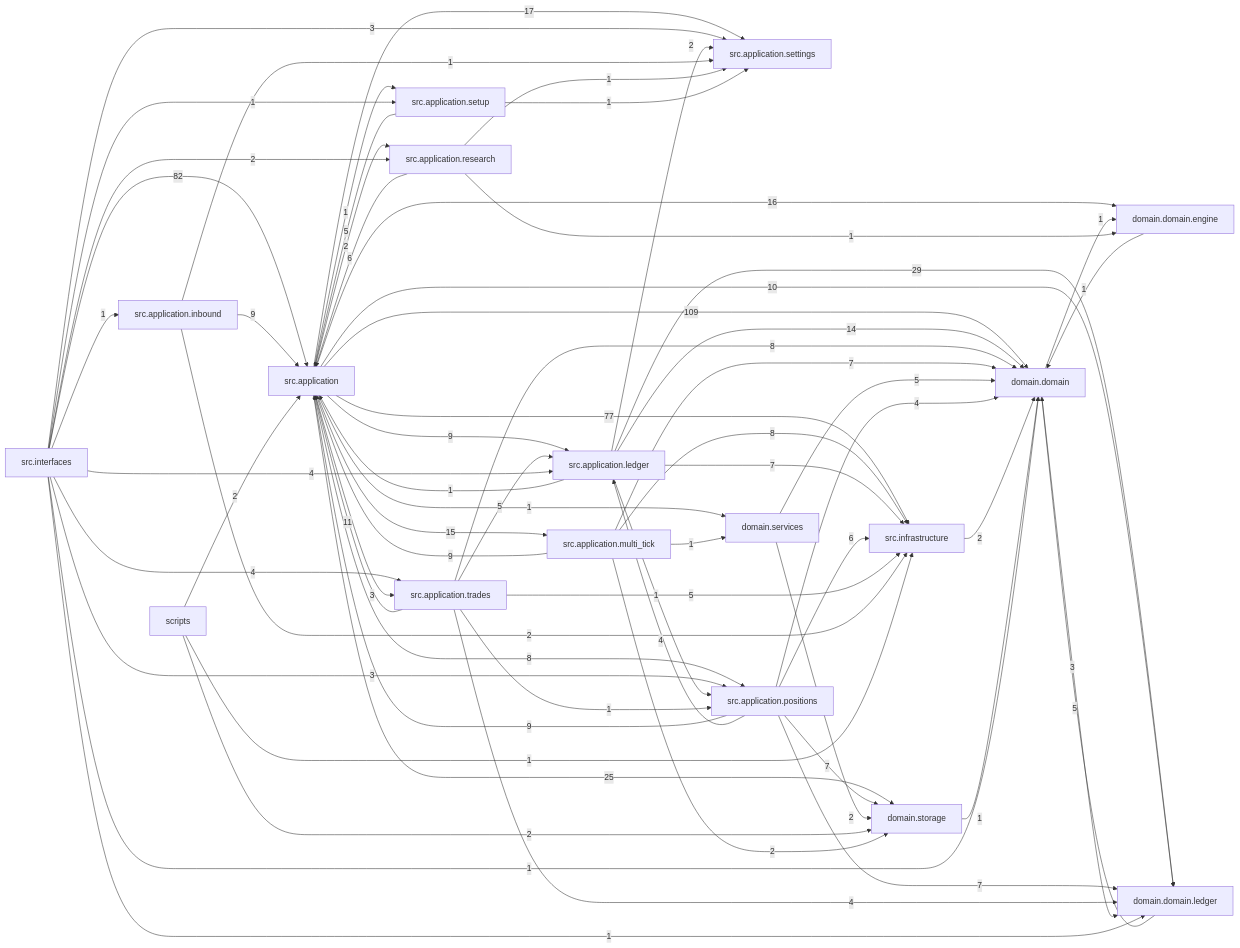
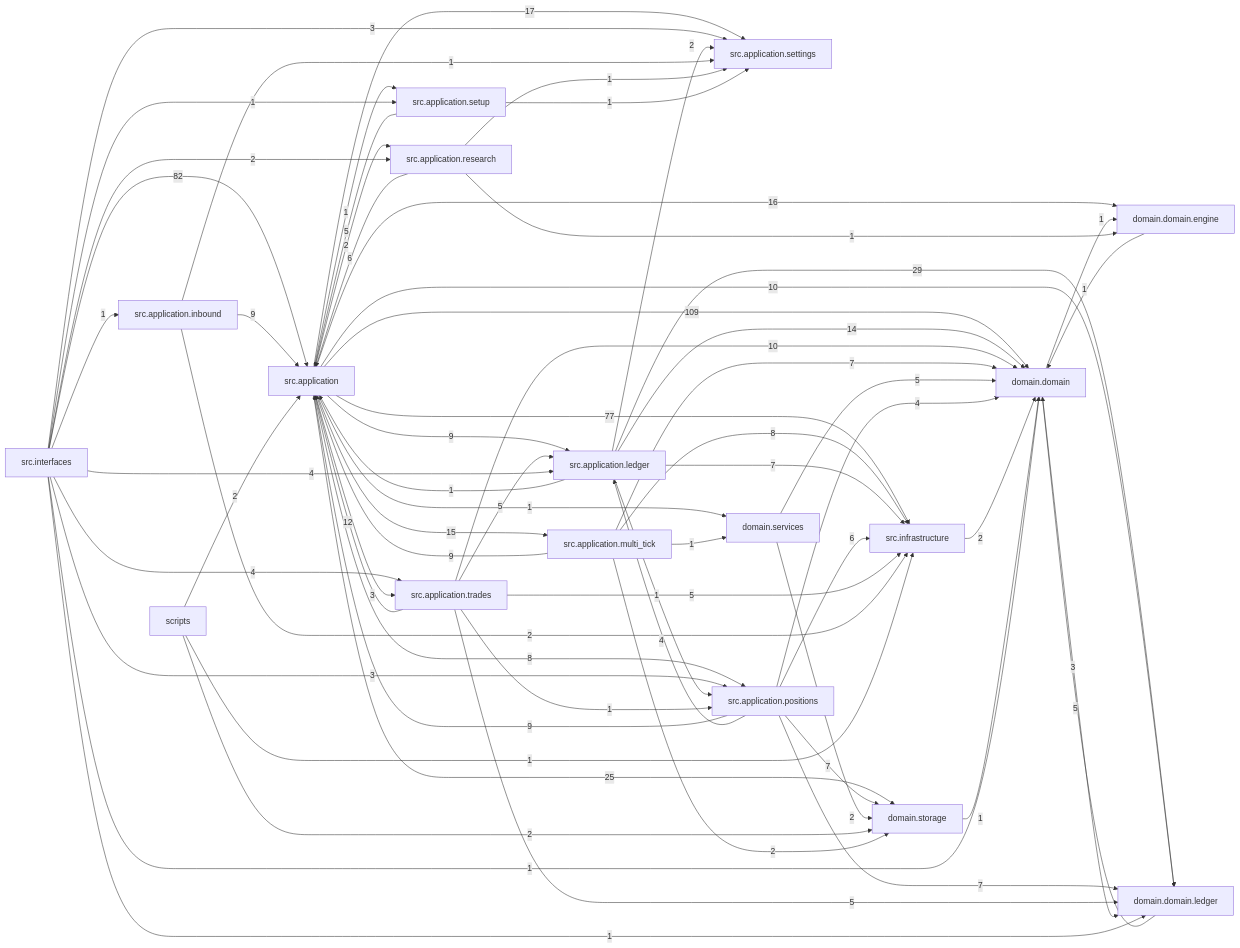
The diagram in docs/dependency_graph.mmd (liuxie066/options-monitor), drawn with Mermaid before and after one commit. The commit also changed 11 other files, not shown here.

```diff
--- a/docs/dependency_graph.mmd
+++ b/docs/dependency_graph.mmd
@@ -1,66 +1,66 @@
 flowchart LR
   src_application["src.application"] -->|109| domain_domain["domain.domain"]
   src_interfaces["src.interfaces"] -->|82| src_application["src.application"]
   src_application["src.application"] -->|77| src_infrastructure["src.infrastructure"]
   src_application_ledger["src.application.ledger"] -->|29| domain_domain_ledger["domain.domain.ledger"]
   src_application["src.application"] -->|25| domain_storage["domain.storage"]
   src_application["src.application"] -->|17| src_application_settings["src.application.settings"]
   src_application["src.application"] -->|16| domain_domain_engine["domain.domain.engine"]
   src_application["src.application"] -->|15| src_application_multi_tick["src.application.multi_tick"]
   src_application_ledger["src.application.ledger"] -->|14| domain_domain["domain.domain"]
-  src_application_trades["src.application.trades"] -->|11| src_application["src.application"]
+  src_application_trades["src.application.trades"] -->|12| src_application["src.application"]
   src_application["src.application"] -->|10| domain_domain_ledger["domain.domain.ledger"]
+  src_application_trades["src.application.trades"] -->|10| domain_domain["domain.domain"]
   src_application["src.application"] -->|9| src_application_ledger["src.application.ledger"]
   src_application_inbound["src.application.inbound"] -->|9| src_application["src.application"]
   src_application_multi_tick["src.application.multi_tick"] -->|9| src_application["src.application"]
   src_application_positions["src.application.positions"] -->|9| src_application["src.application"]
   src_application["src.application"] -->|8| src_application_positions["src.application.positions"]
   src_application_multi_tick["src.application.multi_tick"] -->|8| src_infrastructure["src.infrastructure"]
-  src_application_trades["src.application.trades"] -->|8| domain_domain["domain.domain"]
   src_application_ledger["src.application.ledger"] -->|7| src_infrastructure["src.infrastructure"]
   src_application_multi_tick["src.application.multi_tick"] -->|7| domain_domain["domain.domain"]
   src_application_positions["src.application.positions"] -->|7| domain_domain_ledger["domain.domain.ledger"]
   src_application_positions["src.application.positions"] -->|7| domain_storage["domain.storage"]
   src_application_positions["src.application.positions"] -->|6| src_infrastructure["src.infrastructure"]
   src_application_research["src.application.research"] -->|6| src_application["src.application"]
   domain_domain_ledger["domain.domain.ledger"] -->|5| domain_domain["domain.domain"]
   domain_services["domain.services"] -->|5| domain_domain["domain.domain"]
   src_application_setup["src.application.setup"] -->|5| src_application["src.application"]
+  src_application_trades["src.application.trades"] -->|5| domain_domain_ledger["domain.domain.ledger"]
   src_application_trades["src.application.trades"] -->|5| src_application_ledger["src.application.ledger"]
   src_application_trades["src.application.trades"] -->|5| src_infrastructure["src.infrastructure"]
   src_application_positions["src.application.positions"] -->|4| domain_domain["domain.domain"]
   src_application_positions["src.application.positions"] -->|4| src_application_ledger["src.application.ledger"]
-  src_application_trades["src.application.trades"] -->|4| domain_domain_ledger["domain.domain.ledger"]
   src_interfaces["src.interfaces"] -->|4| src_application_ledger["src.application.ledger"]
   src_interfaces["src.interfaces"] -->|4| src_application_trades["src.application.trades"]
   domain_domain["domain.domain"] -->|3| domain_domain_ledger["domain.domain.ledger"]
   src_application["src.application"] -->|3| src_application_trades["src.application.trades"]
   src_interfaces["src.interfaces"] -->|3| src_application_positions["src.application.positions"]
   src_interfaces["src.interfaces"] -->|3| src_application_settings["src.application.settings"]
   domain_services["domain.services"] -->|2| domain_storage["domain.storage"]
   scripts["scripts"] -->|2| domain_storage["domain.storage"]
   scripts["scripts"] -->|2| src_application["src.application"]
   src_application["src.application"] -->|2| src_application_research["src.application.research"]
   src_application_inbound["src.application.inbound"] -->|2| src_infrastructure["src.infrastructure"]
   src_application_ledger["src.application.ledger"] -->|2| src_application_settings["src.application.settings"]
   src_application_multi_tick["src.application.multi_tick"] -->|2| domain_storage["domain.storage"]
   src_infrastructure["src.infrastructure"] -->|2| domain_domain["domain.domain"]
   src_interfaces["src.interfaces"] -->|2| src_application_research["src.application.research"]
   domain_domain["domain.domain"] -->|1| domain_domain_engine["domain.domain.engine"]
   domain_domain_engine["domain.domain.engine"] -->|1| domain_domain["domain.domain"]
   domain_storage["domain.storage"] -->|1| domain_domain["domain.domain"]
   scripts["scripts"] -->|1| src_infrastructure["src.infrastructure"]
   src_application["src.application"] -->|1| domain_services["domain.services"]
   src_application["src.application"] -->|1| src_application_setup["src.application.setup"]
   src_application_inbound["src.application.inbound"] -->|1| src_application_settings["src.application.settings"]
   src_application_ledger["src.application.ledger"] -->|1| src_application["src.application"]
   src_application_ledger["src.application.ledger"] -->|1| src_application_positions["src.application.positions"]
   src_application_multi_tick["src.application.multi_tick"] -->|1| domain_services["domain.services"]
   src_application_research["src.application.research"] -->|1| domain_domain_engine["domain.domain.engine"]
   src_application_research["src.application.research"] -->|1| src_application_settings["src.application.settings"]
   src_application_setup["src.application.setup"] -->|1| src_application_settings["src.application.settings"]
   src_application_trades["src.application.trades"] -->|1| src_application_positions["src.application.positions"]
   src_interfaces["src.interfaces"] -->|1| domain_domain["domain.domain"]
   src_interfaces["src.interfaces"] -->|1| domain_domain_ledger["domain.domain.ledger"]
   src_interfaces["src.interfaces"] -->|1| src_application_inbound["src.application.inbound"]
   src_interfaces["src.interfaces"] -->|1| src_application_setup["src.application.setup"]
```
